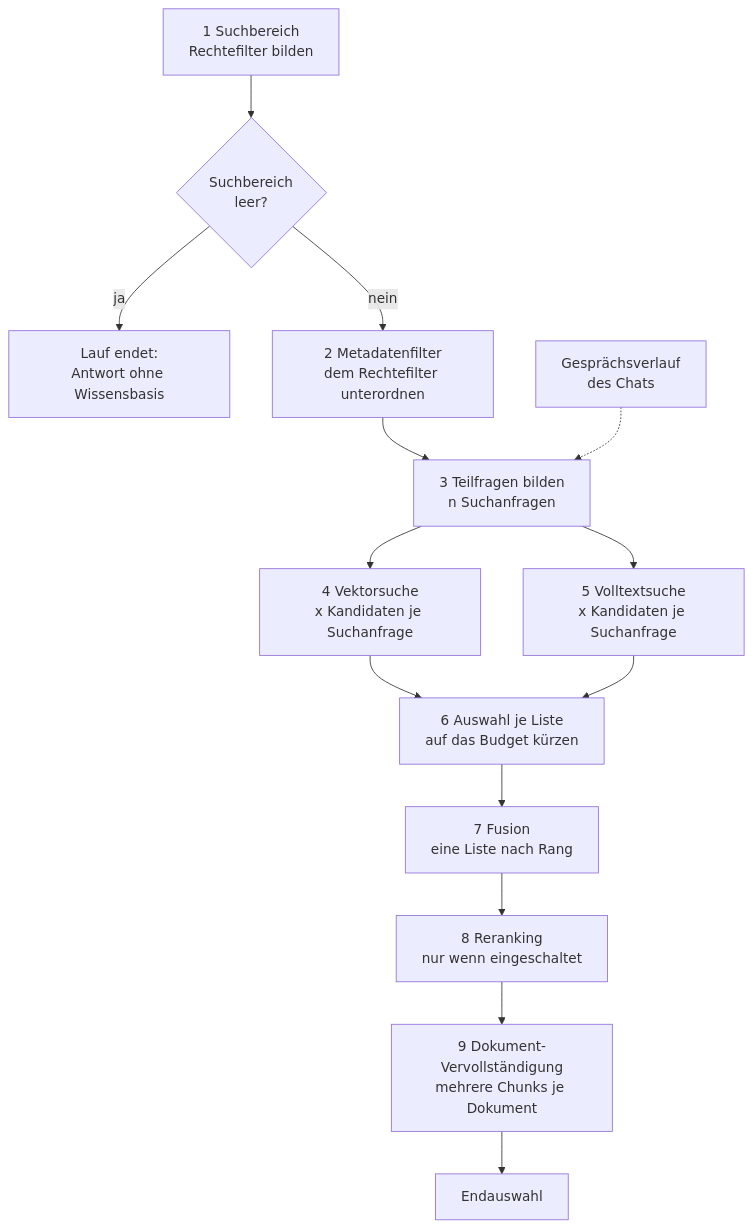
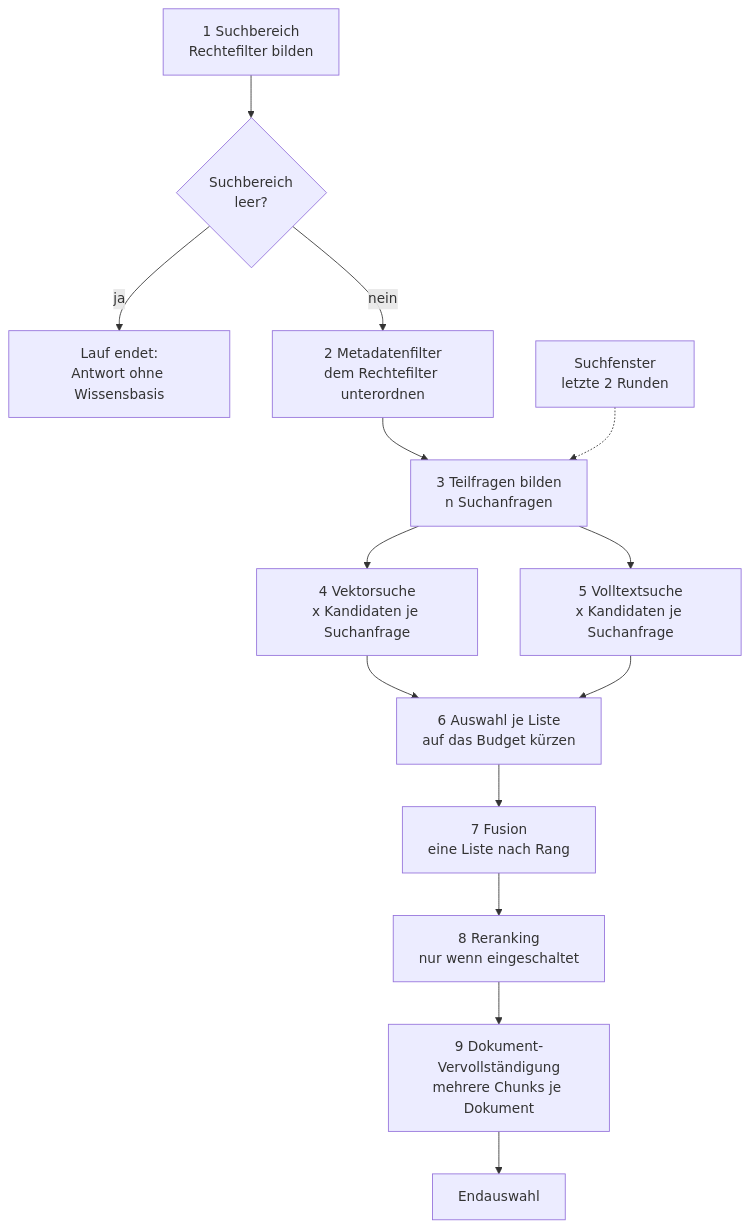
Before and after one commit to criew/opaa: the third of 4 diagrams in docs/handbuch/suche.md, drawn with Mermaid. The commit also changed other lines of this file and 58 other files, not shown here.

````diff
--- a/docs/handbuch/suche.md
+++ b/docs/handbuch/suche.md
@@ -125,16 +149,16 @@
 ```mermaid
 flowchart TB
     S1[1 Suchbereich<br/>Rechtefilter bilden] --> Q{Suchbereich<br/>leer?}
     Q -- ja --> H[Lauf endet:<br/>Antwort ohne Wissensbasis]
     Q -- nein --> S2[2 Metadatenfilter<br/>dem Rechtefilter unterordnen]
     S2 --> S3[3 Teilfragen bilden<br/>n Suchanfragen]
-    V[Gesprächsverlauf<br/>des Chats] -.-> S3
+    V[Suchfenster<br/>letzte 2 Runden] -.-> S3
     S3 --> S4[4 Vektorsuche<br/>x Kandidaten je Suchanfrage]
     S3 --> S5[5 Volltextsuche<br/>x Kandidaten je Suchanfrage]
     S4 --> S6[6 Auswahl je Liste<br/>auf das Budget kürzen]
     S5 --> S6
     S6 --> S7[7 Fusion<br/>eine Liste nach Rang]
     S7 --> S8[8 Reranking<br/>nur wenn eingeschaltet]
     S8 --> S9[9 Dokument-Vervollständigung<br/>mehrere Chunks je Dokument]
     S9 --> E[Endauswahl]
 ```
````
